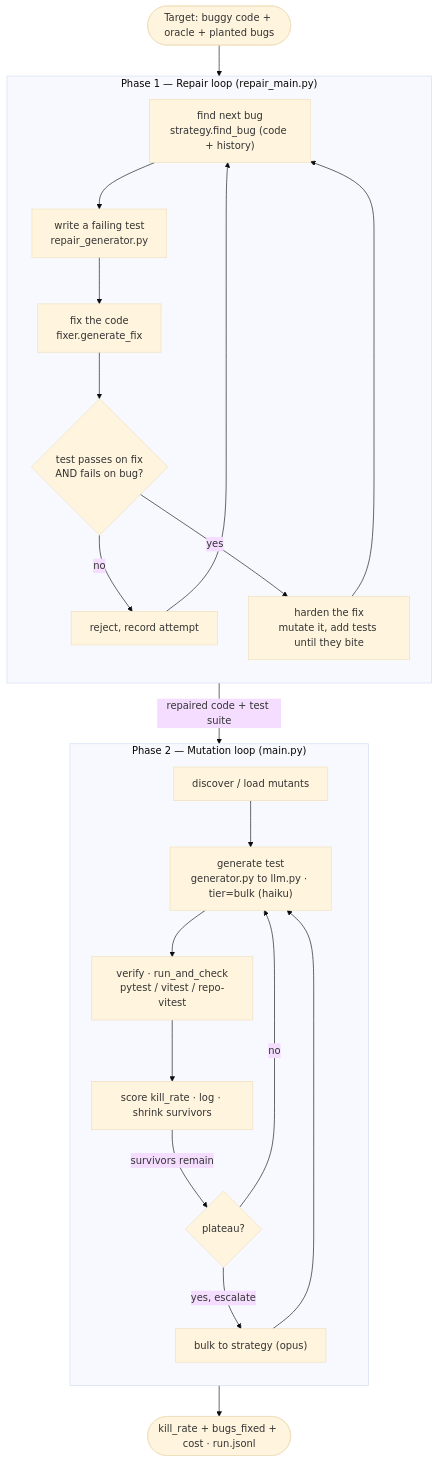
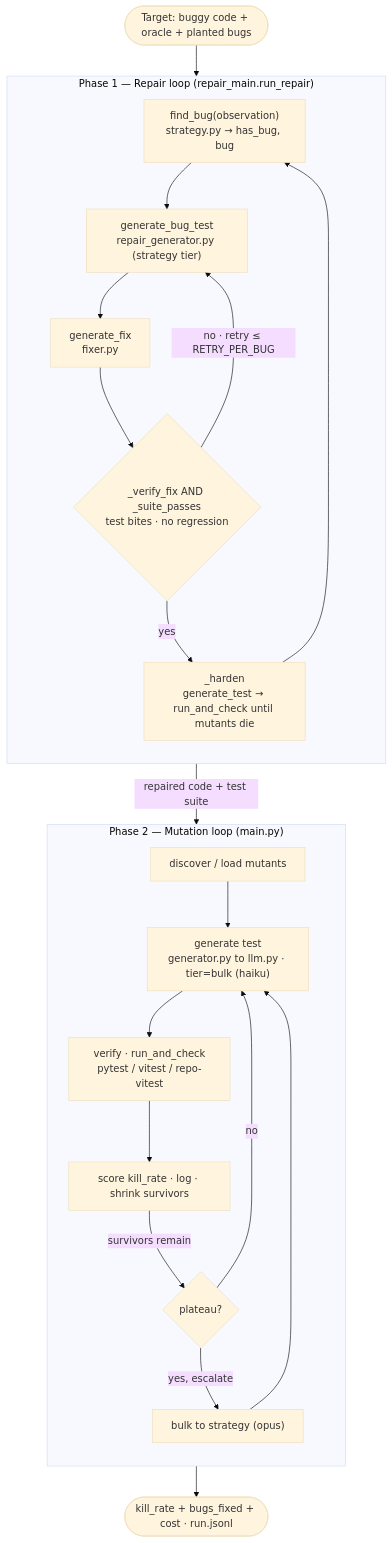
One commit to Franri3008/adversarial-testing changed the diagram in README.md. Above: the diagram before and after it, drawn with Mermaid (base theme). The commit also changed other lines of this file, not shown here.

First line of the commit message:
docs: correct loop diagram to real symbols + add nested-loop view

````diff
--- a/README.md
+++ b/README.md
@@ -22,33 +22,33 @@
 ```mermaid
 flowchart TD
     START(["Target: buggy code + oracle + planted bugs"])
     START --> P1
 
-    subgraph P1["Phase 1 — Repair loop (repair_main.py)"]
+    subgraph P1["Phase 1 — Repair loop (repair_main.run_repair)"]
         direction TB
-        F["find next bug<br/>strategy.find_bug (code + history)"]
-        T["write a failing test<br/>repair_generator.py"]
-        X["fix the code<br/>fixer.generate_fix"]
-        V{"test passes on fix<br/>AND fails on bug?"}
-        H["harden the fix<br/>mutate it, add tests until they bite"]
+        F["find_bug(observation)<br/>strategy.py → has_bug, bug"]
+        T["generate_bug_test<br/>repair_generator.py (strategy tier)"]
+        X["generate_fix<br/>fixer.py"]
+        V{"_verify_fix AND _suite_passes<br/>test bites · no regression"}
+        H["_harden<br/>generate_test → run_and_check until mutants die"]
         F --> T --> X --> V
-        V -->|"no"| R["reject, record attempt"] --> F
+        V -->|"no · retry ≤ RETRY_PER_BUG"| T
         V -->|"yes"| H --> F
     end
 
     P1 -->|"repaired code + test suite"| P2
 
     subgraph P2["Phase 2 — Mutation loop (main.py)"]
         direction TB
         D["discover / load mutants"]
         G["generate test<br/>generator.py to llm.py · tier=bulk (haiku)"]
         E["verify · run_and_check<br/>pytest / vitest / repo-vitest"]
         S["score kill_rate · log · shrink survivors"]
         D --> G --> E --> S
         S -->|"survivors remain"| Q{"plateau?"}
         Q -->|"no"| G
         Q -->|"yes, escalate"| U["bulk to strategy (opus)"] --> G
     end
 
     P2 --> DONE(["kill_rate + bugs_fixed + cost · run.jsonl"])
 ```
````
